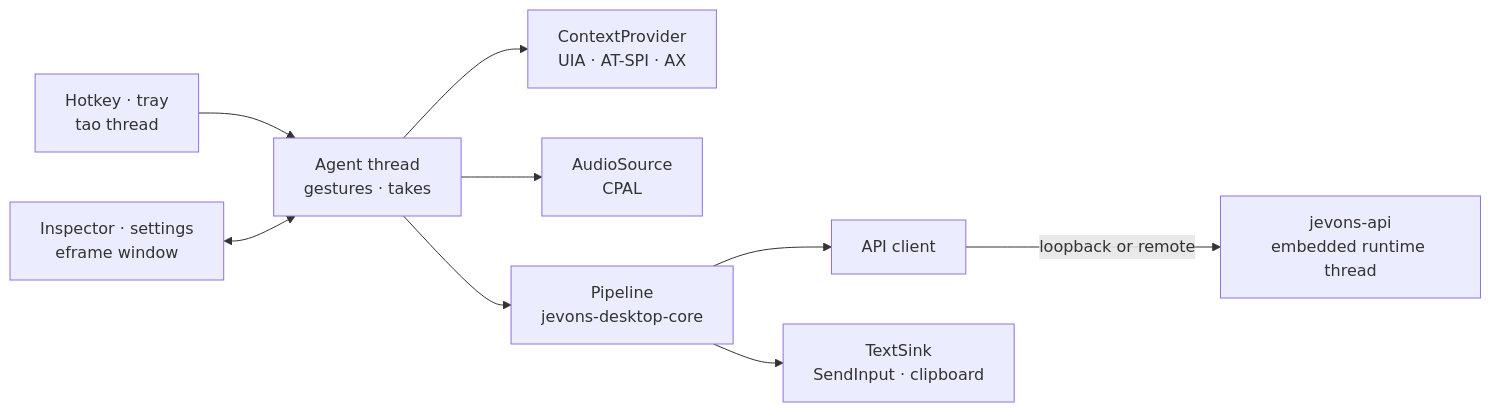
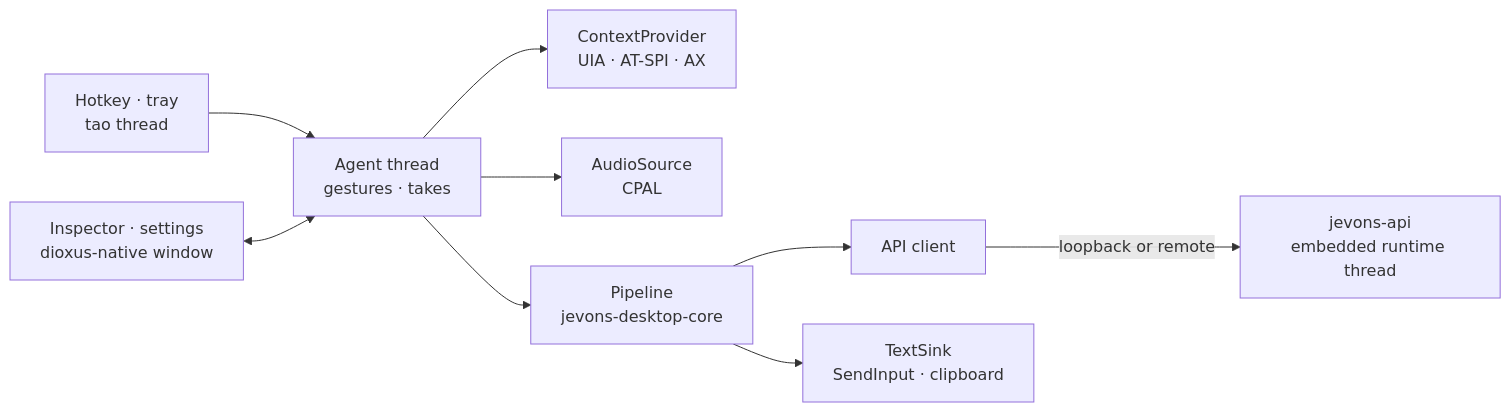
Before and after one commit to zojeda/jevons-rs: the diagram in docs/desktop.md, drawn with Mermaid. The commit also changed other lines of this file and 347 other files, not shown here.

Commit message:
jevons-desktop: dioxus-native (Blitz) window styled after Dioxus Components instead of egui; vendor stylo to fix derive_more clash

````diff
--- a/docs/desktop.md
+++ b/docs/desktop.md
@@ -159,11 +159,11 @@
 ```mermaid
 flowchart LR
     hotkey["Hotkey · tray<br/>tao thread"] --> agent
-    inspector["Inspector · settings<br/>eframe window"] <--> agent
+    inspector["Inspector · settings<br/>dioxus-native window"] <--> agent
     agent["Agent thread<br/>gestures · takes"] --> context["ContextProvider<br/>UIA · AT-SPI · AX"]
     agent --> mic["AudioSource<br/>CPAL"]
     agent --> pipeline["Pipeline<br/>jevons-desktop-core"]
     pipeline --> client["API client"]
     client -- "loopback or remote" --> api["jevons-api<br/>embedded runtime thread"]
     pipeline --> sink["TextSink<br/>SendInput · clipboard"]
 ```
````
